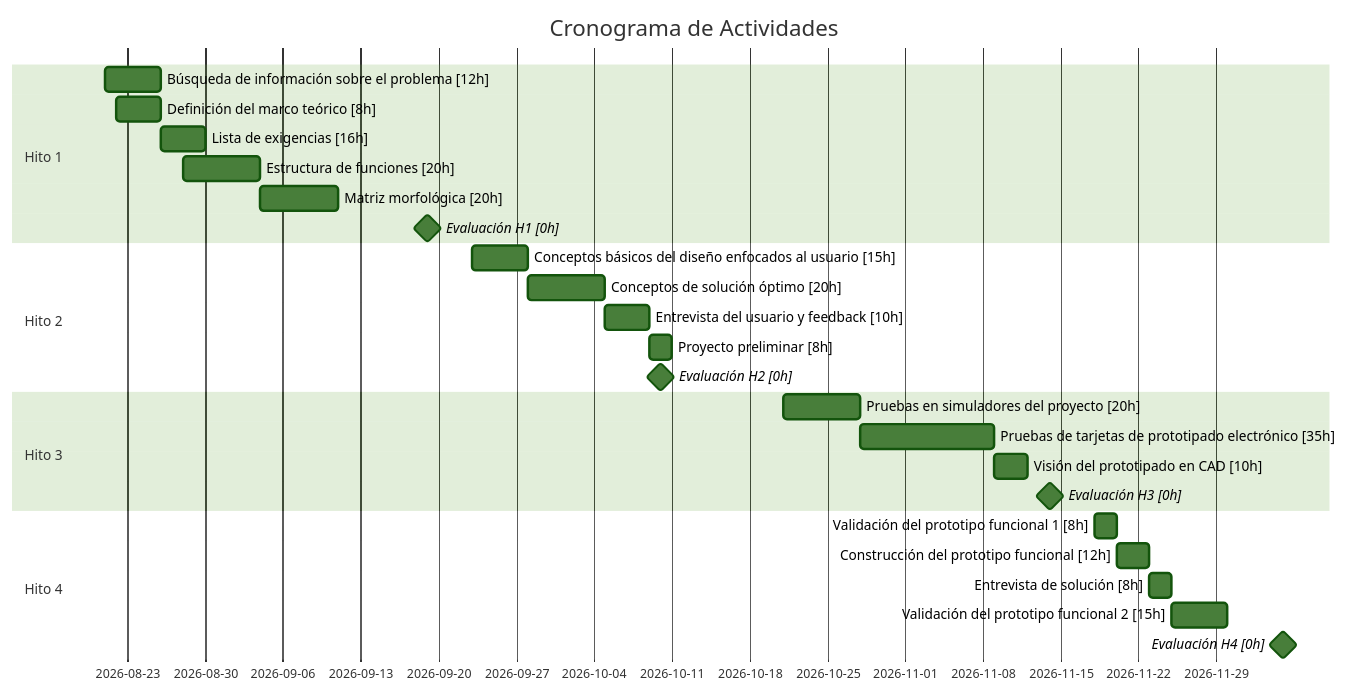
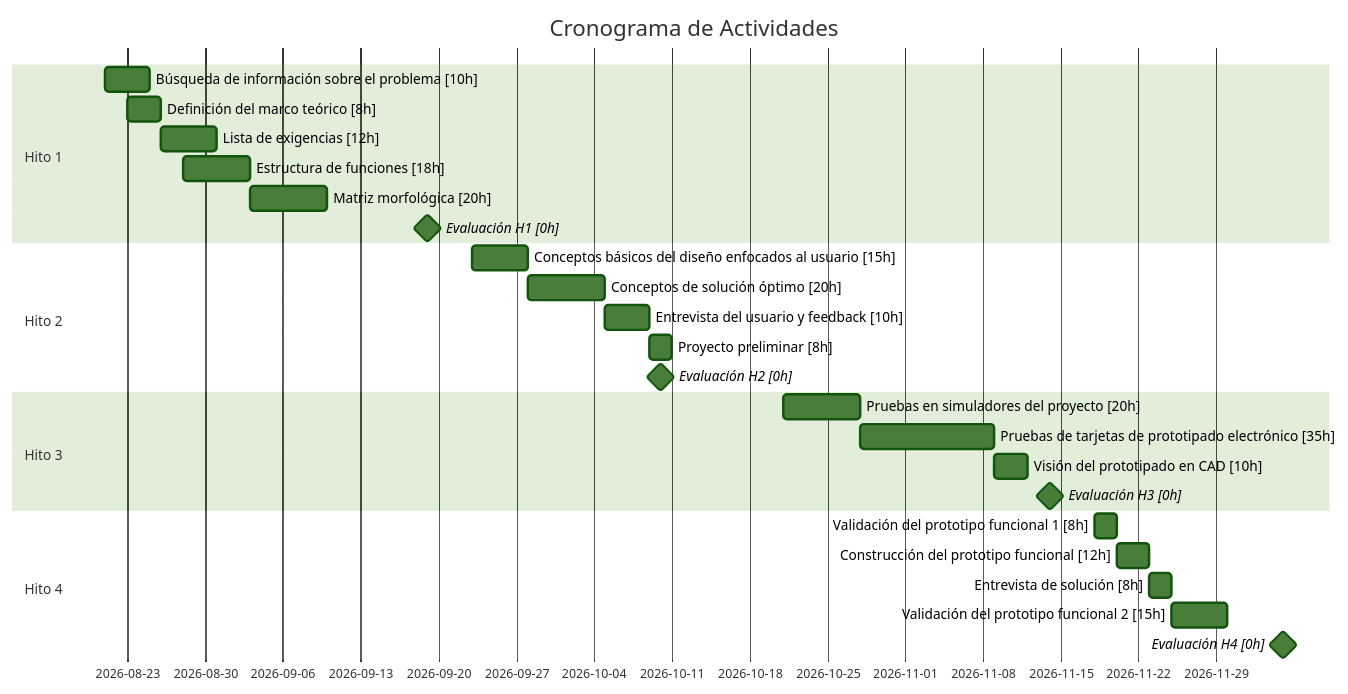
Before and after one commit to adriiit/PBDI_G1: the diagram in Hito 1/gantt_.md, drawn with Mermaid (forest theme).

````diff
--- a/Hito 1/gantt_.md
+++ b/Hito 1/gantt_.md
@@ -2,33 +2,33 @@
 ```mermaid
 gantt
     dateFormat  YYYY-MM-DD
     title Cronograma de Actividades
 
     section Hito 1
-    Búsqueda de información sobre el problema [12h]      :a1, 2026-08-21, 5d
-    Definición del marco teórico [8h]                    :a2, 2026-08-22, 4d
-    Lista de exigencias [16h]                            :a3, 2026-08-26, 4d
-    Estructura de funciones [20h]                        :a4, 2026-08-28, 7d
+    Búsqueda de información sobre el problema [10h]      :a1, 2026-08-21, 4d
+    Definición del marco teórico [8h]                    :a2, 2026-08-23, 3d
+    Lista de exigencias [12h]                            :a3, 2026-08-26, 5d
+    Estructura de funciones [18h]                        :a4, 2026-08-28, 6d
     Matriz morfológica [20h]                             :a5, after a4, 7d
     Evaluación H1 [0h]                                   :milestone, h1, 2026-09-19, 0d
 
     section Hito 2
     Conceptos básicos del diseño enfocados al usuario [15h] :b1, 2026-09-23, 5d
     Conceptos de solución óptimo [20h]                   :b2, after b1, 7d
     Entrevista del usuario y feedback [10h]              :b3, after b2, 4d
     Proyecto preliminar [8h]                             :b4, after b3, 2d
     Evaluación H2 [0h]                                   :milestone, h2, 2026-10-10, 0d
 
     section Hito 3
     Pruebas en simuladores del proyecto [20h]            :c1, 2026-10-21, 7d
     Pruebas de tarjetas de prototipado electrónico [35h] :c2, after c1, 12d
     Visión del prototipado en CAD [10h]                  :c3, after c2, 3d
     Evaluación H3 [0h]                                   :milestone, h3, 2026-11-14, 0d
 
     section Hito 4
     Validación del prototipo funcional 1 [8h]            :d1, 2026-11-18, 2d
     Construcción del prototipo funcional [12h]           :d2, after d1, 3d
     Entrevista de solución [8h]                          :d3, after d2, 2d
     Validación del prototipo funcional 2 [15h]           :d4, after d3, 5d
     Evaluación H4 [0h]                                   :milestone, h4, 2026-12-05, 0d
 ```
````
